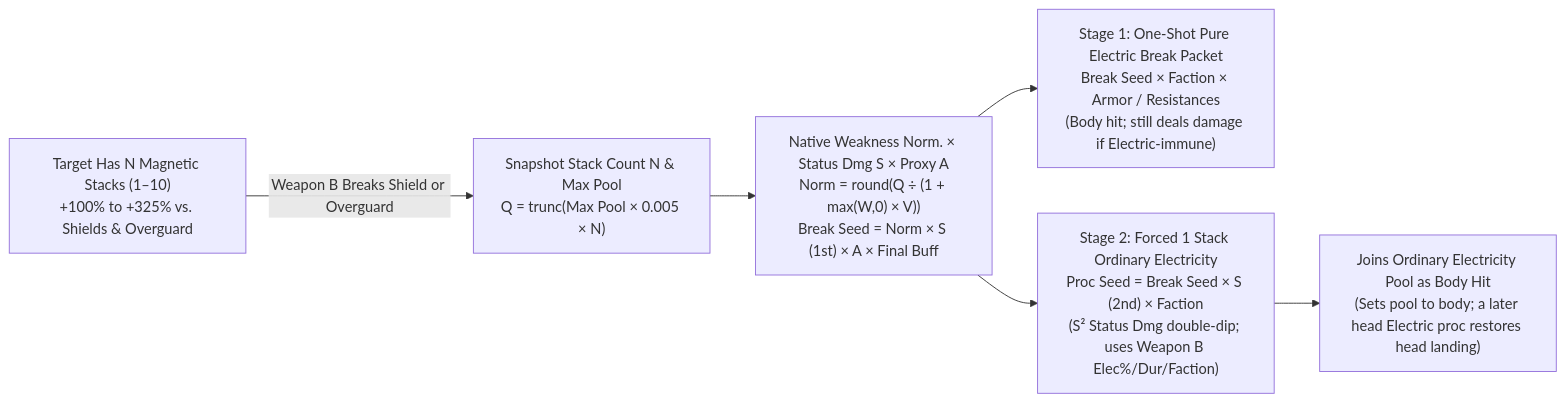
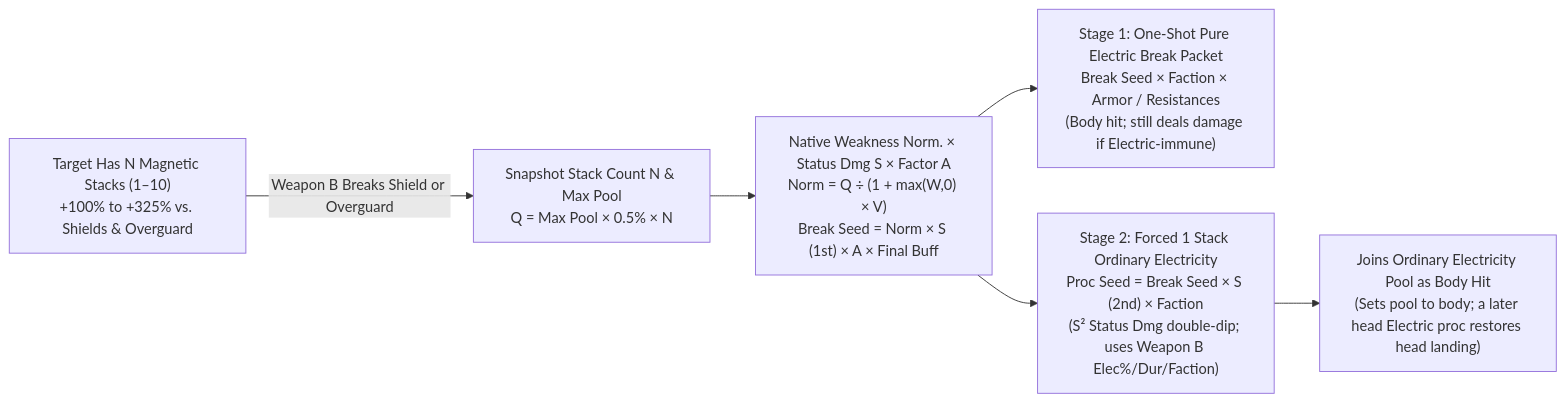
Before and after one commit to magenie33/wfsim: the second of 2 diagrams in docs/mechanics/en/magnetic-electricity.md, drawn with Mermaid. The commit also changed other lines of this file and 5 other files, not shown here.

````diff
--- a/docs/mechanics/en/magnetic-electricity.md
+++ b/docs/mechanics/en/magnetic-electricity.md
@@ -133,8 +132,8 @@
 ```mermaid
 flowchart LR
-    A["Target Has N Magnetic Stacks (1–10)<br/>+100% to +325% vs. Shields & Overguard"] -->|"Weapon B Breaks Shield or Overguard"| B["Snapshot Stack Count N & Max Pool<br/>Q = trunc(Max Pool × 0.005 × N)"]
-    B --> C["Native Weakness Norm. × Status Dmg S × Proxy A<br/>Norm = round(Q ÷ (1 + max(W,0) × V))<br/>Break Seed = Norm × S (1st) × A × Final Buff"]
+    A["Target Has N Magnetic Stacks (1–10)<br/>+100% to +325% vs. Shields & Overguard"] -->|"Weapon B Breaks Shield or Overguard"| B["Snapshot Stack Count N & Max Pool<br/>Q = Max Pool × 0.5% × N"]
+    B --> C["Native Weakness Norm. × Status Dmg S × Factor A<br/>Norm = Q ÷ (1 + max(W,0) × V)<br/>Break Seed = Norm × S (1st) × A × Final Buff"]
     C --> D1["Stage 1: One-Shot Pure Electric Break Packet<br/>Break Seed × Faction × Armor / Resistances<br/>(Body hit; still deals damage if Electric-immune)"]
     C --> D2["Stage 2: Forced 1 Stack Ordinary Electricity<br/>Proc Seed = Break Seed × S (2nd) × Faction<br/>(S² Status Dmg double-dip; uses Weapon B Elec%/Dur/Faction)"]
     D2 --> E["Joins Ordinary Electricity Pool as Body Hit<br/>(Sets pool to body; a later head Electric proc restores head landing)"]
 ```
````
